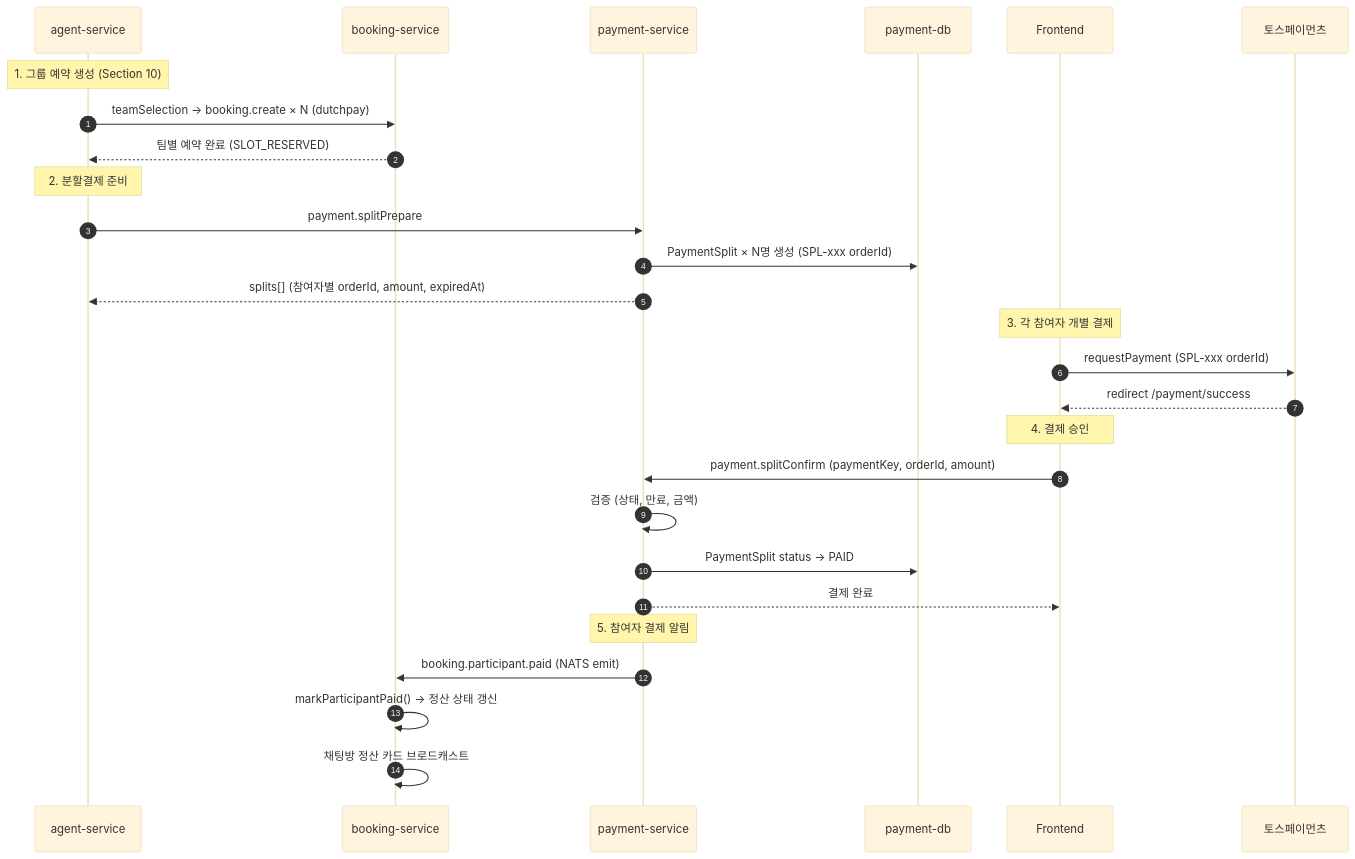
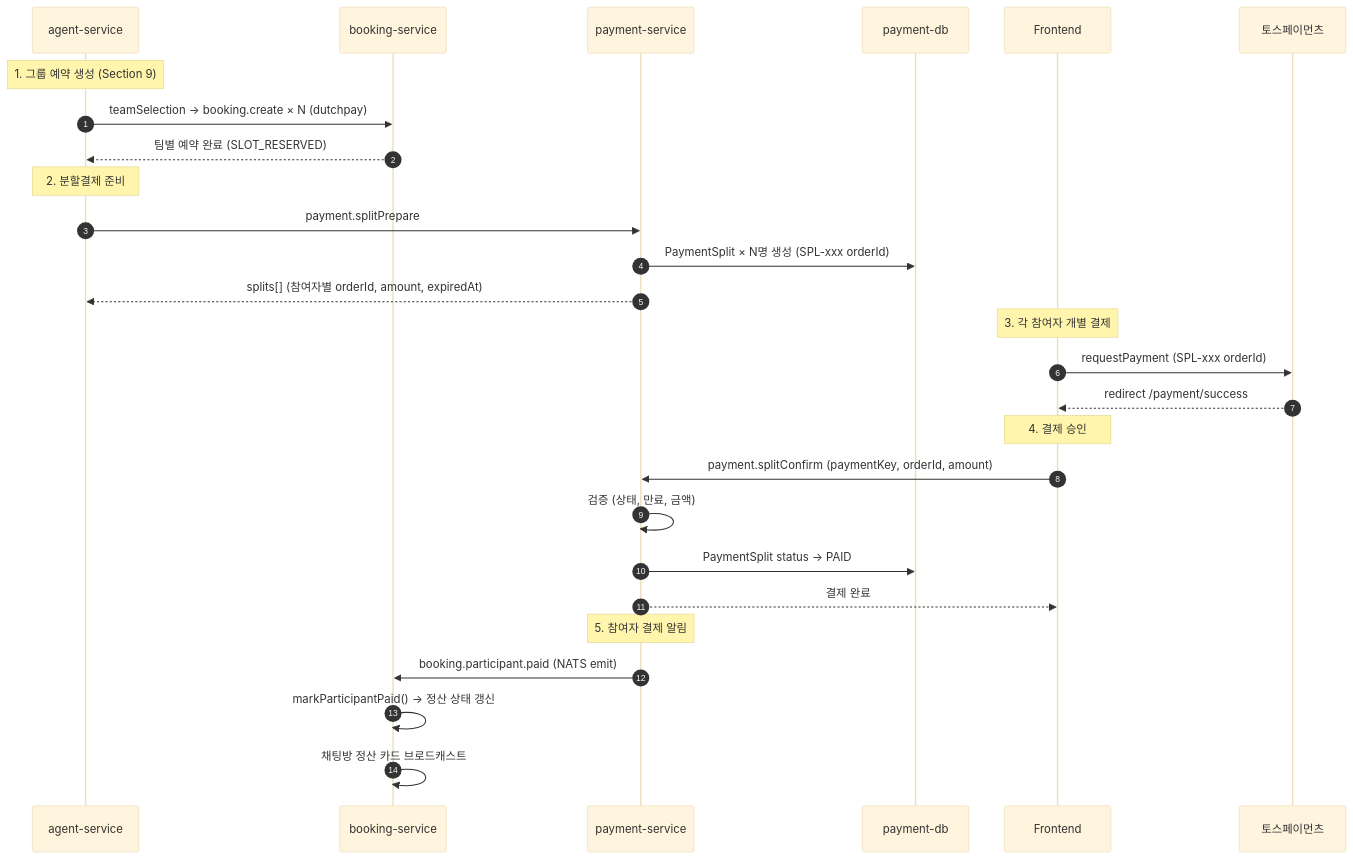
One commit to uniyous/parkgolf-platform changed diagram 15 of 15 in docs/workflow/BOOKING.md. Above: the diagram before and after it, drawn with Mermaid (base theme). The commit also changed other lines of this file and 9 other files, not shown here.

First line of the commit message:
docs: saga-service 독립 분리에 따른 아키텍처/워크플로우 문서 현행화

````diff
--- a/docs/workflow/BOOKING.md
+++ b/docs/workflow/BOOKING.md
@@ -1568,34 +1026,34 @@
 ```mermaid
 sequenceDiagram
     autonumber
     participant Agent as agent-service
     participant BS as booking-service
     participant PS as payment-service
     participant DB as payment-db
     participant Client as Frontend
     participant TOSS as 토스페이먼츠
 
-    Note over Agent: 1. 그룹 예약 생성 (Section 10)
+    Note over Agent: 1. 그룹 예약 생성 (Section 9)
     Agent->>BS: teamSelection → booking.create × N (dutchpay)
     BS-->>Agent: 팀별 예약 완료 (SLOT_RESERVED)
 
     Note over Agent: 2. 분할결제 준비
     Agent->>PS: payment.splitPrepare
     PS->>DB: PaymentSplit × N명 생성 (SPL-xxx orderId)
     PS-->>Agent: splits[] (참여자별 orderId, amount, expiredAt)
 
     Note over Client: 3. 각 참여자 개별 결제
     Client->>TOSS: requestPayment (SPL-xxx orderId)
     TOSS-->>Client: redirect /payment/success
 
     Note over Client: 4. 결제 승인
     Client->>PS: payment.splitConfirm (paymentKey, orderId, amount)
     PS->>PS: 검증 (상태, 만료, 금액)
     PS->>DB: PaymentSplit status → PAID
     PS-->>Client: 결제 완료
 
     Note over PS: 5. 참여자 결제 알림
     PS->>BS: booking.participant.paid (NATS emit)
     BS->>BS: markParticipantPaid() → 정산 상태 갱신
     BS->>BS: 채팅방 정산 카드 브로드캐스트
 ```
````
